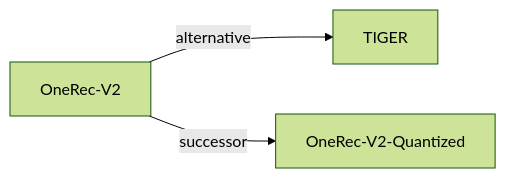
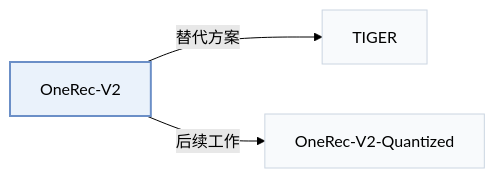
Before and after one commit to Galaxy-ghost/Awesome-SID-Generative-Rec: the second of 2 diagrams in pages/zh/papers/onerec-v2.md, drawn with Mermaid (forest theme). The commit also changed other lines of this file and 649 other files, not shown here.

Commit message:
writer-05: also tags and modality index (schema, check, build, visuals); summary field removed; calibration data for 12 papers

````diff
--- a/pages/zh/papers/onerec-v2.md
+++ b/pages/zh/papers/onerec-v2.md
@@ -67,6 +74,10 @@
 ```mermaid
 flowchart LR
     P["OneRec-V2"]
-    P -->|alternative| A["TIGER"]
-    P -->|successor| B["OneRec-V2-Quantized"]
+    P -->|"替代方案"| A["TIGER"]
+    P -->|"后续工作"| B["OneRec-V2-Quantized"]
+    classDef main fill:#eaf2fb,stroke:#6b8fc7,stroke-width:2px
+    classDef peer fill:#f8fafc,stroke:#cbd5e1
+    class P main
+    class A,B peer
 ```
````
